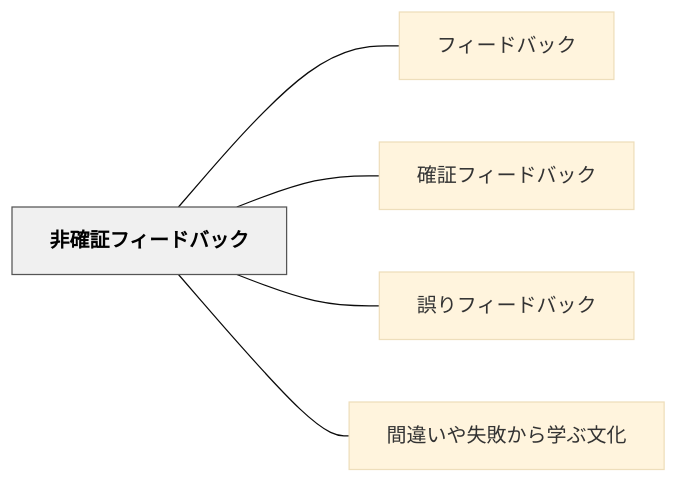
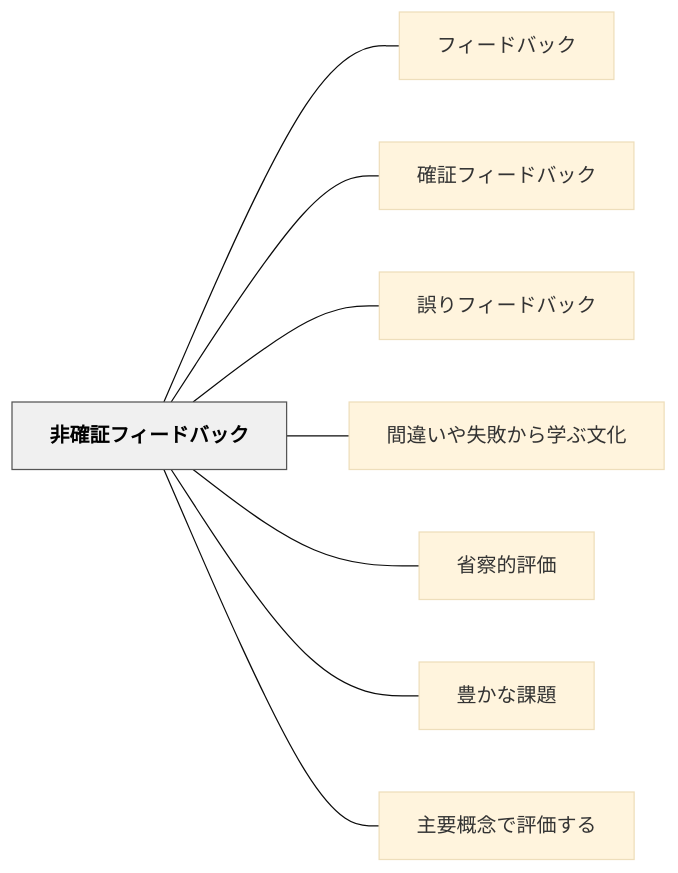
The diagram in content/パタン/非確証フィードバック.md (unknownthings-ed-patterns/unknownthings-ed-patterns), drawn with Mermaid (base theme) before and after one commit. The commit also changed other lines of this file and 35 other files, not shown here.

````diff
--- a/content/パタン/非確証フィードバック.md
+++ b/content/パタン/非確証フィードバック.md
@@ -52,16 +55,22 @@
 ```mermaid
 flowchart LR
     ne99d9ee7a2bae8a8bce38395e382a3e383bce38389e38390e38383e382af["非確証フィードバック"]
     ne38395e382a3e383bce38389e38390e38383e382af["フィードバック"]
     ne7a2bae8a8bce38395e382a3e383bce38389e38390e38383e382af["確証フィードバック"]
     ne8aaa4e3828ae38395e382a3e383bce38389e38390e38383e382af["誤りフィードバック"]
     ne99693e98195e38184e38284e5a4b1e69597e3818be38289e5ada6e381b6e69687e58c96["間違いや失敗から学ぶ文化"]
+    ne79c81e5af9fe79a84e8a995e4bea1["省察的評価"]
+    ne8b18ae3818be381aae8aab2e9a18c["豊かな課題"]
+    ne4b8bbe8a681e6a682e5bfb5e381a7e8a995e4bea1e38199e3828b["主要概念で評価する"]
 
     ne99d9ee7a2bae8a8bce38395e382a3e383bce38389e38390e38383e382af --- ne38395e382a3e383bce38389e38390e38383e382af
     ne99d9ee7a2bae8a8bce38395e382a3e383bce38389e38390e38383e382af --- ne7a2bae8a8bce38395e382a3e383bce38389e38390e38383e382af
     ne99d9ee7a2bae8a8bce38395e382a3e383bce38389e38390e38383e382af --- ne8aaa4e3828ae38395e382a3e383bce38389e38390e38383e382af
     ne99d9ee7a2bae8a8bce38395e382a3e383bce38389e38390e38383e382af --- ne99693e98195e38184e38284e5a4b1e69597e3818be38289e5ada6e381b6e69687e58c96
+    ne99d9ee7a2bae8a8bce38395e382a3e383bce38389e38390e38383e382af --- ne79c81e5af9fe79a84e8a995e4bea1
+    ne99d9ee7a2bae8a8bce38395e382a3e383bce38389e38390e38383e382af --- ne8b18ae3818be381aae8aab2e9a18c
+    ne99d9ee7a2bae8a8bce38395e382a3e383bce38389e38390e38383e382af --- ne4b8bbe8a681e6a682e5bfb5e381a7e8a995e4bea1e38199e3828b
 
     classDef hub fill:#f0f0f0,stroke:#555,color:#000,font-weight:bold
     class ne99d9ee7a2bae8a8bce38395e382a3e383bce38389e38390e38383e382af hub
 ```
````
